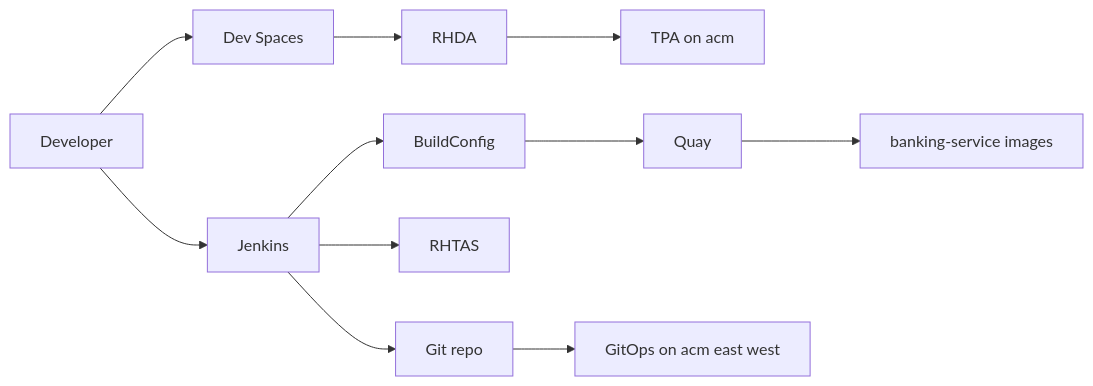
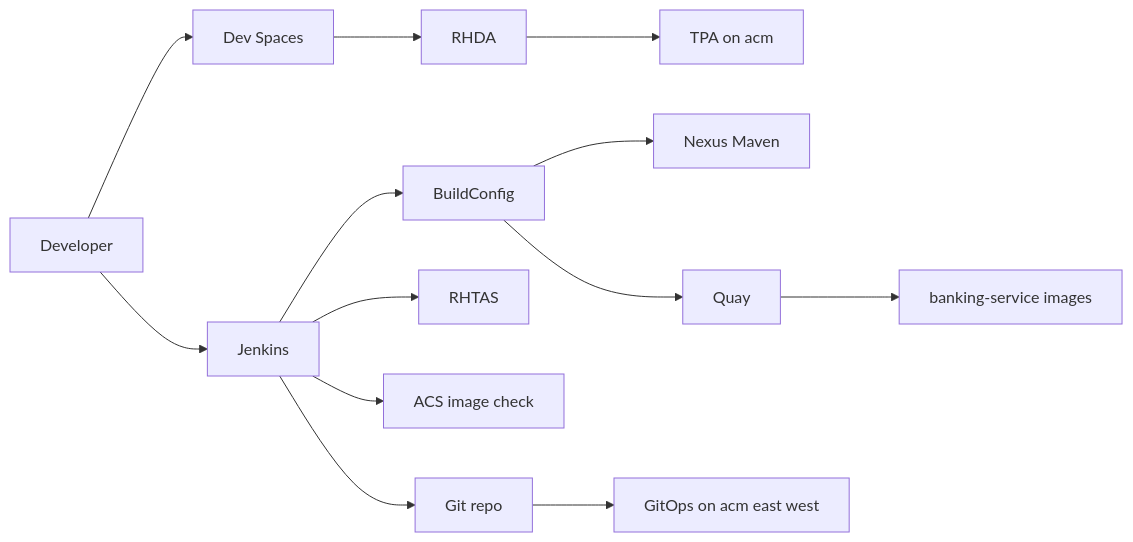
Before and after one commit to panchoraposo/demo-spring: the fourth of 4 diagrams in docs/architecture.md, drawn with Mermaid. The commit also changed other lines of this file and 35 other files, not shown here.

First line of the commit message:
Add RHACS and Nexus on acm for CI gates and Maven caching.

````diff
--- a/docs/architecture.md
+++ b/docs/architecture.md
@@ -67,13 +67,15 @@
 ```mermaid
 flowchart LR
   Dev[Developer] --> DS[Dev Spaces]
   DS --> RHDA[RHDA]
   RHDA --> TPA[TPA on acm]
   Dev --> Jenkins
   Jenkins --> BC[BuildConfig]
+  BC --> Nexus[Nexus Maven]
   BC --> Quay
   Jenkins --> TAS[RHTAS]
+  Jenkins --> ACS[ACS image check]
   Jenkins --> Git[Git repo]
   Git --> Argo[GitOps on acm east west]
   Quay --> Apps[banking-service images]
 ```
````
